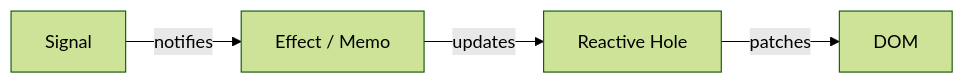
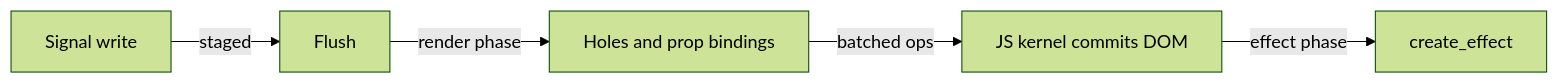
Before and after one commit to wybthon/wybthon: the diagram in docs/concepts/mental-model.md, drawn with Mermaid (forest theme). The commit also changed other lines of this file and 160 other files, not shown here.

````diff
--- a/docs/concepts/mental-model.md
+++ b/docs/concepts/mental-model.md
@@ -14,6 +15,7 @@
 ```mermaid
 flowchart LR
-    A[Signal] -->|notifies| B[Effect / Memo]
-    B -->|updates| C[Reactive Hole]
-    C -->|patches| D[DOM]
+    A[Signal write] -->|staged| B[Flush]
+    B -->|render phase| C[Holes and prop bindings]
+    C -->|batched ops| D[JS kernel commits DOM]
+    D -->|effect phase| E[create_effect]
 ```
````
